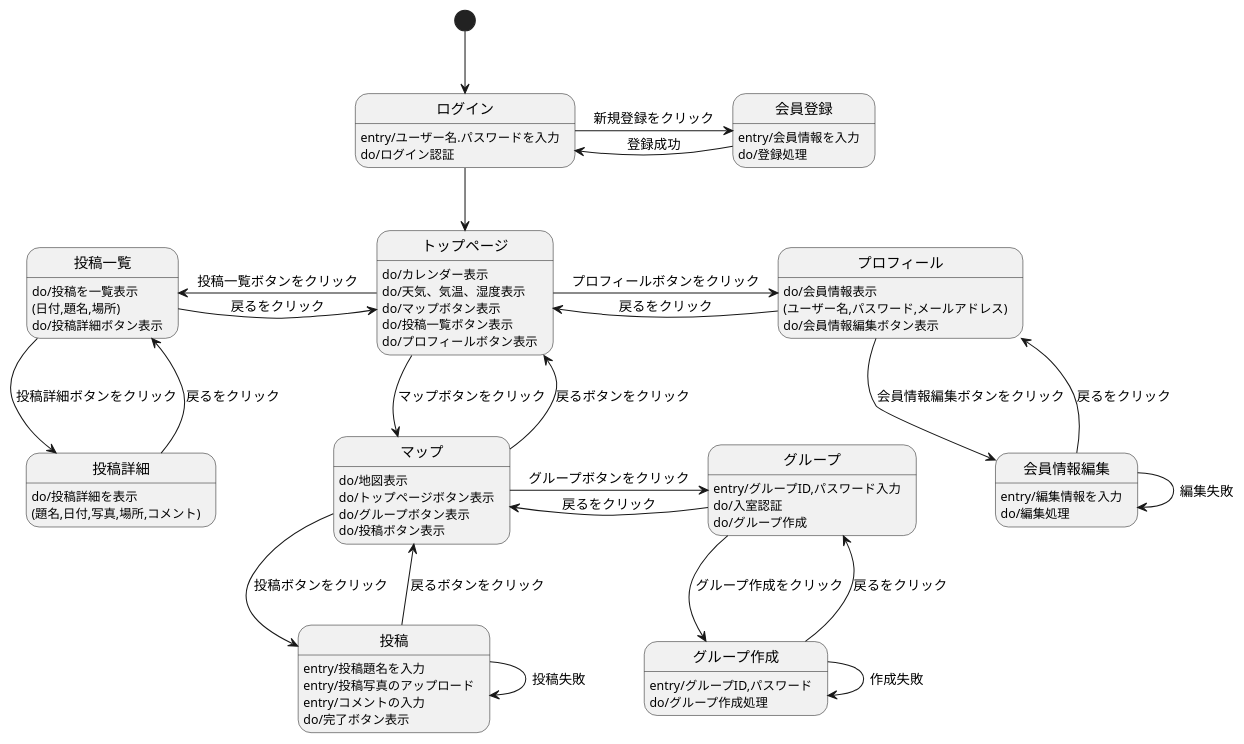
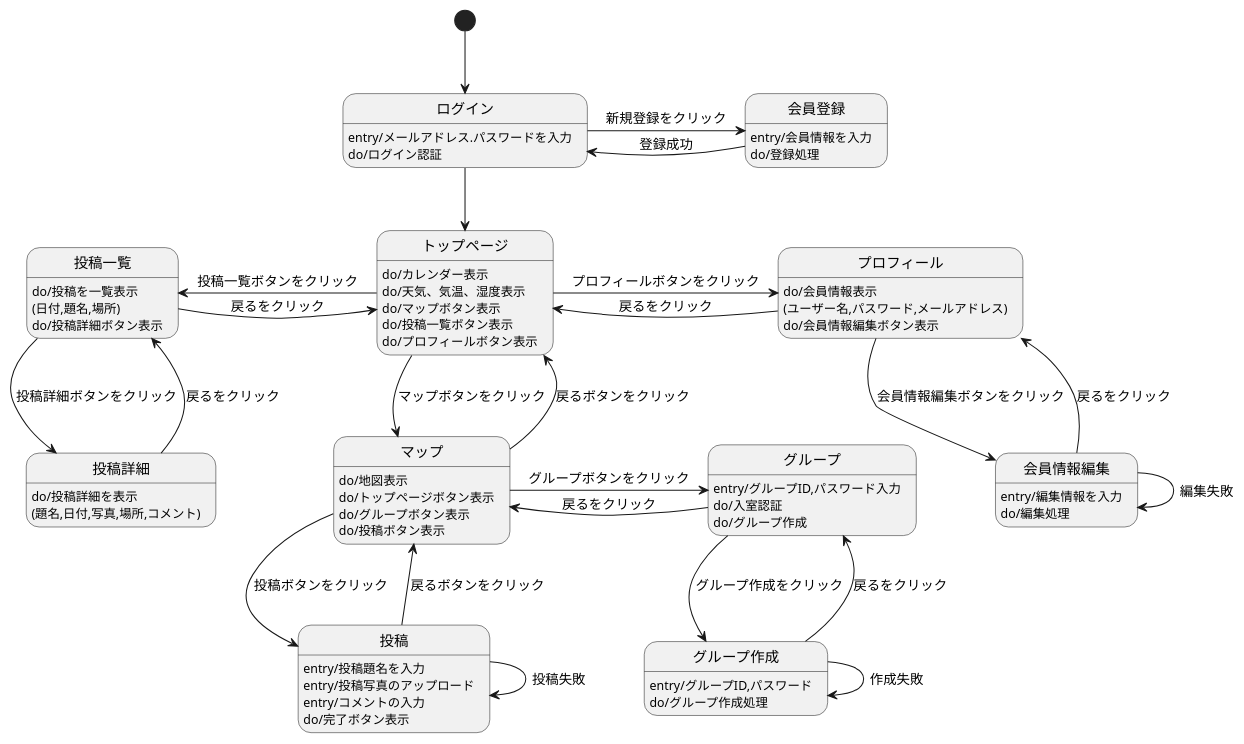
The diagram in 03_画面遷移図/画面遷移図.md (Aso2001031/System4_ver2.0), drawn with PlantUML before and after one commit.

````diff
--- a/03_画面遷移図/画面遷移図.md
+++ b/03_画面遷移図/画面遷移図.md
@@ -1,72 +1,72 @@
 ```uml
 @startuml
 
 [*] -down-> ログイン
 
 ログイン -down-> トップページ
-ログイン : entry/ユーザー名.パスワードを入力 
+ログイン : entry/メールアドレス.パスワードを入力 
 ログイン : do/ログイン認証 
 ログイン -> 会員登録 : 新規登録をクリック
 
 会員登録 -> ログイン : 登録成功
 会員登録 : entry/会員情報を入力 
 会員登録 : do/登録処理
 
 トップページ : do/カレンダー表示
 トップページ : do/天気、気温、湿度表示
 トップページ : do/マップボタン表示
 トップページ : do/投稿一覧ボタン表示
 トップページ : do/プロフィールボタン表示
 トップページ -down-> マップ : マップボタンをクリック
 トップページ -left-> 投稿一覧 : 投稿一覧ボタンをクリック
 トップページ -right-> プロフィール :プロフィールボタンをクリック
 
 マップ -up-> トップページ : 戻るボタンをクリック
 マップ : do/地図表示
 マップ : do/トップページボタン表示
 マップ : do/グループボタン表示
 マップ : do/投稿ボタン表示
 マップ -down-> 投稿 : 投稿ボタンをクリック
 マップ -right-> グループ : グループボタンをクリック
 
 投稿一覧 -right-> トップページ : 戻るをクリック
 投稿一覧 : do/投稿を一覧表示
 投稿一覧 : (日付,題名,場所)
 投稿一覧 : do/投稿詳細ボタン表示
 投稿一覧 -down-> 投稿詳細 : 投稿詳細ボタンをクリック
 
 プロフィール -left-> トップページ : 戻るをクリック
 プロフィール : do/会員情報表示
 プロフィール : (ユーザー名,パスワード,メールアドレス)
 プロフィール : do/会員情報編集ボタン表示
 プロフィール -down-> 会員情報編集 : 会員情報編集ボタンをクリック
 
 投稿 -up-> マップ : 戻るボタンをクリック
 投稿 : entry/投稿題名を入力
 投稿 : entry/投稿写真のアップロード
 投稿 : entry/コメントの入力
 投稿 : do/完了ボタン表示
 投稿 -> 投稿 : 投稿失敗 
 
 グループ -left-> マップ : 戻るをクリック 
 グループ : entry/グループID,パスワード入力
 グループ : do/入室認証
 グループ : do/グループ作成
 グループ --> グループ作成 : グループ作成をクリック
 
 投稿詳細 -up-> 投稿一覧 : 戻るをクリック
 投稿詳細 : do/投稿詳細を表示
 投稿詳細 : (題名,日付,写真,場所,コメント)
 
 会員情報編集 -up-> プロフィール : 戻るをクリック
 会員情報編集 : entry/編集情報を入力
 会員情報編集 : do/編集処理
 会員情報編集 -> 会員情報編集 : 編集失敗
 
 グループ作成 --> グループ : 戻るをクリック
 グループ作成 : entry/グループID,パスワード
 グループ作成 : do/グループ作成処理
 グループ作成 -> グループ作成 : 作成失敗
 
 @enduml
 ```
````
